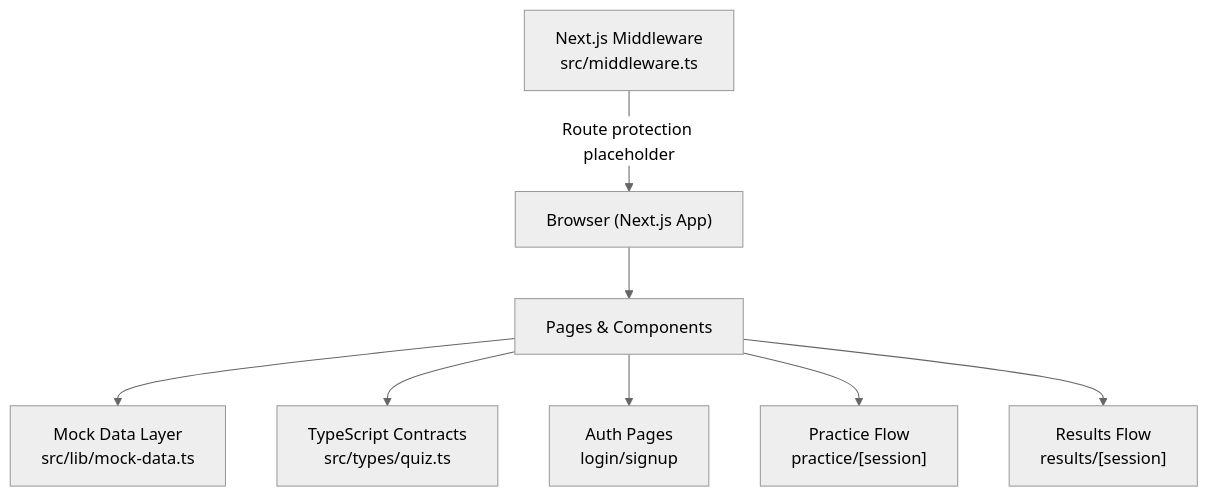
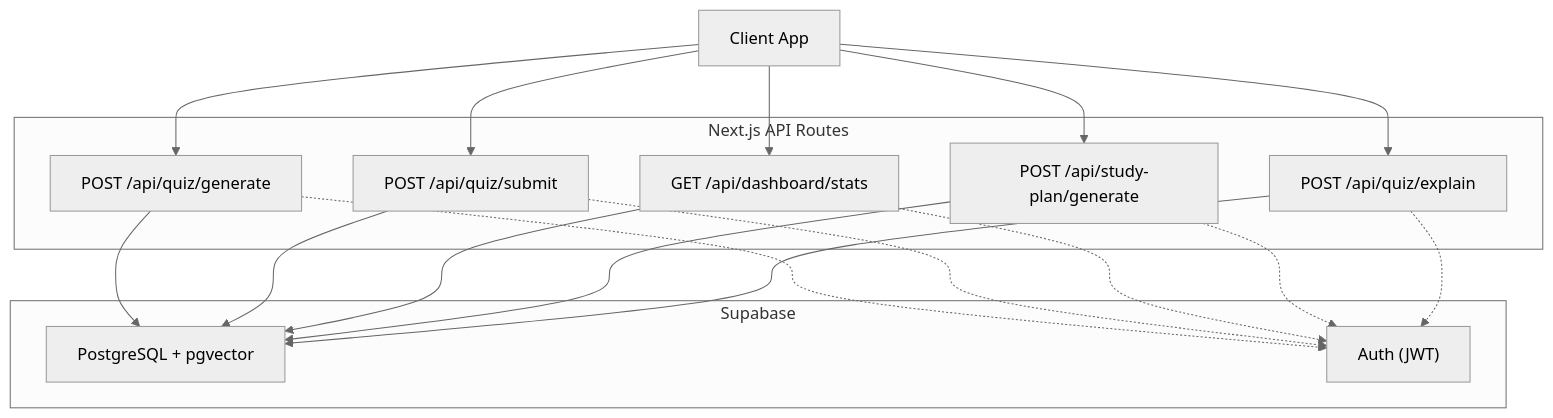
The first of 3 diagrams in .qoder/repowiki/en/content/API Reference/API Reference.md (Daniiyal-creates/MedAce-AI), drawn with Mermaid (neutral theme) before and after one commit. The commit also changed other lines of this file and 159 other files, not shown here.

````diff
--- a/.qoder/repowiki/en/content/API Reference/API Reference.md
+++ b/.qoder/repowiki/en/content/API Reference/API Reference.md
@@ -41,18 +40,29 @@
 ```mermaid
 graph TB
-Client["Browser (Next.js App)"]
-UI["Pages & Components"]
-Mock["Mock Data Layer<br/>src/lib/mock-data.ts"]
-Types["TypeScript Contracts<br/>src/types/quiz.ts"]
-Middleware["Next.js Middleware<br/>src/middleware.ts"]
-AuthUI["Auth Pages<br/>login/signup"]
-Practice["Practice Flow<br/>practice/[session]"]
-Results["Results Flow<br/>results/[session]"]
-Client --> UI
-UI --> Mock
-UI --> Types
-UI --> AuthUI
-UI --> Practice
-UI --> Results
-Middleware --> |Route protection placeholder| Client
+Client["Client App"] --> QGen["POST /api/quiz/generate"]
+Client --> QSub["POST /api/quiz/submit"]
+Client --> Dash["GET /api/dashboard/stats"]
+Client --> Plan["POST /api/study-plan/generate"]
+Client --> Explain["POST /api/quiz/explain"]
+subgraph "Next.js API Routes"
+QGen
+QSub
+Dash
+Plan
+Explain
+end
+subgraph "Supabase"
+DB["PostgreSQL + pgvector"]
+Auth["Auth (JWT)"]
+end
+QGen --> DB
+QSub --> DB
+Dash --> DB
+Plan --> DB
+Explain --> DB
+QGen -.-> Auth
+QSub -.-> Auth
+Dash -.-> Auth
+Plan -.-> Auth
+Explain -.-> Auth
 ```
````
